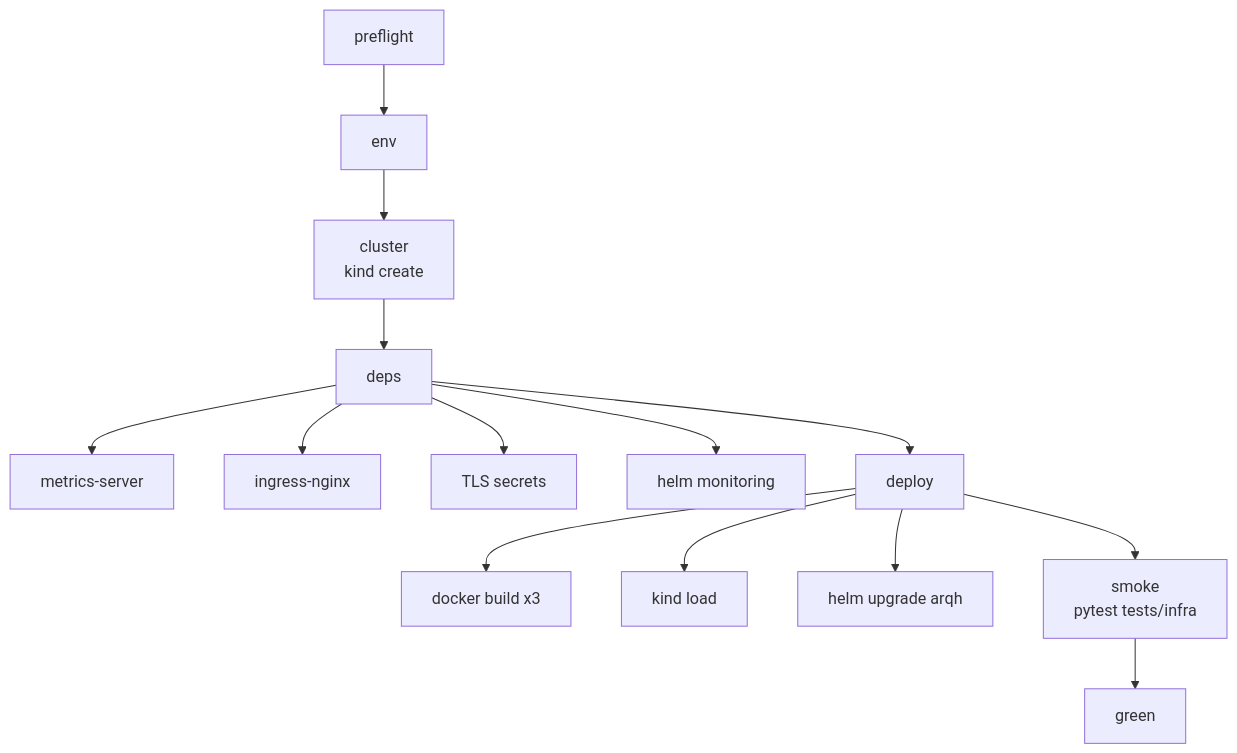
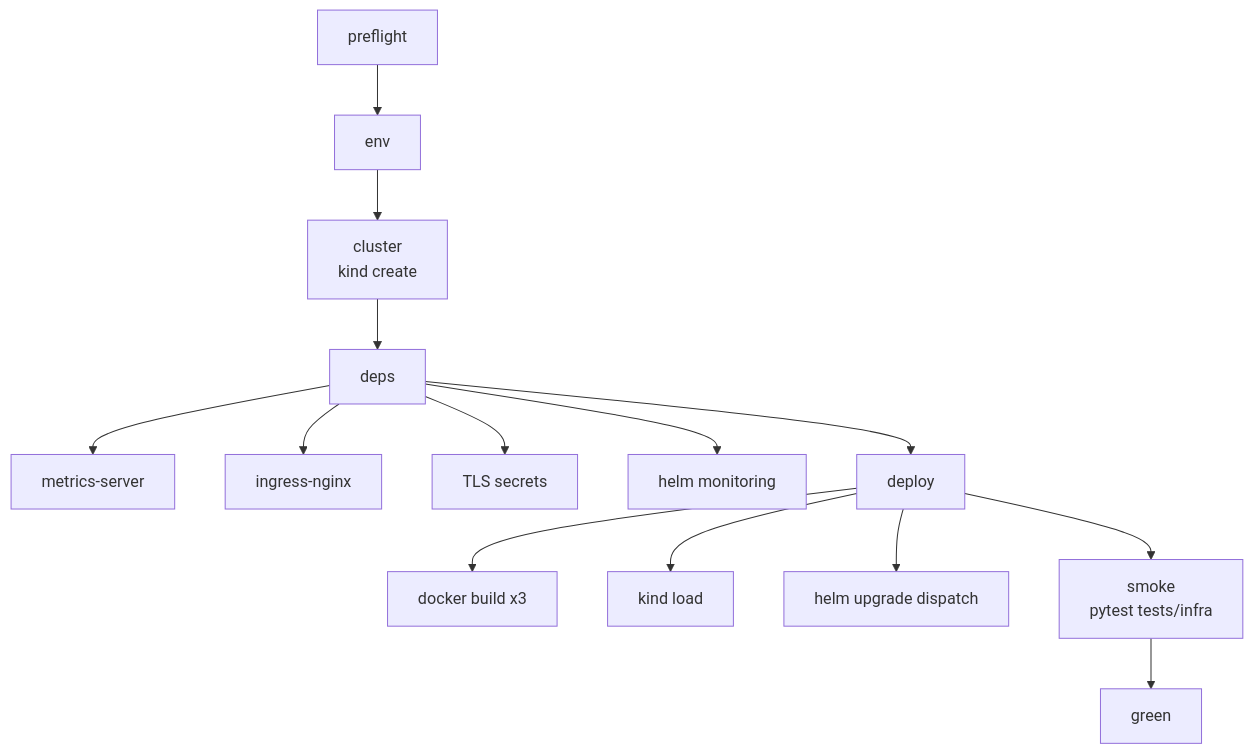
One commit to eqan/Scalable-Fleet-Dispatcher changed the seventh of 12 diagrams in README.md. Above: the diagram before and after it, drawn with Mermaid. The commit also changed other lines of this file and 75 other files, not shown here.

````diff
--- a/README.md
+++ b/README.md
@@ -453,16 +453,16 @@
 ```mermaid
 flowchart TD
   A["preflight"] --> B["env"]
   B --> C["cluster<br/>kind create"]
   C --> D["deps"]
   D --> D1["metrics-server"]
   D --> D2["ingress-nginx"]
   D --> D3["TLS secrets"]
   D --> D4["helm monitoring"]
   D --> E["deploy"]
   E --> E1["docker build x3"]
   E --> E2["kind load"]
-  E --> E3["helm upgrade arqh"]
+  E --> E3["helm upgrade dispatch"]
   E --> F["smoke<br/>pytest tests/infra"]
   F --> G["green"]
 ```
````
